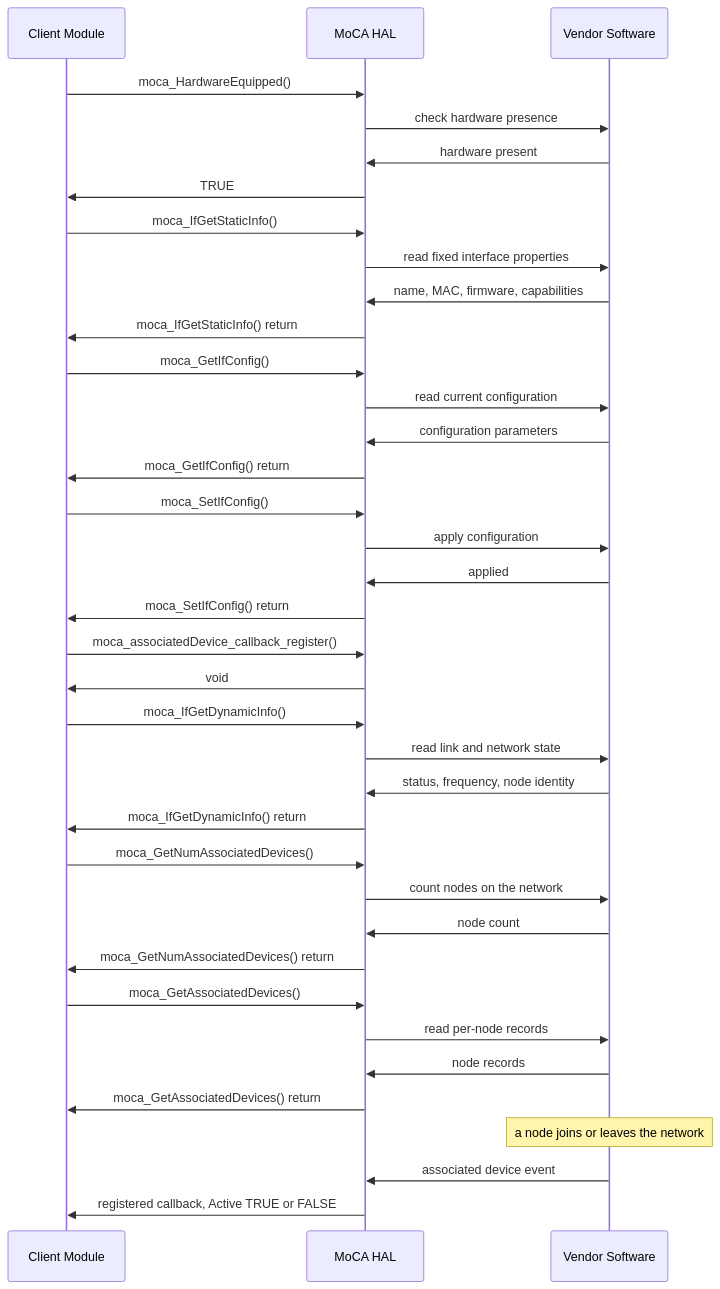
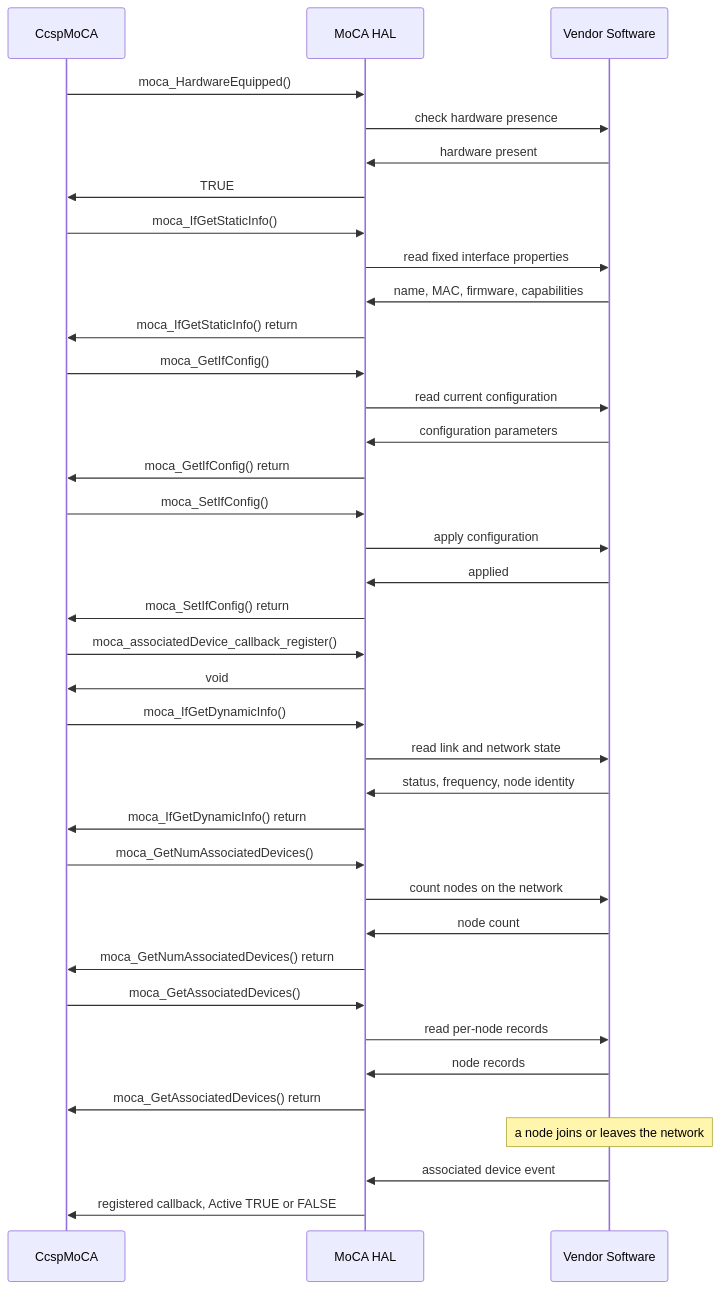
One commit to Blitzy-Sky/rdkb-halif-moca changed the second of 3 diagrams in docs/pages/halSpec.md. Above: the diagram before and after it, drawn with Mermaid. The commit also changed other lines of this file, not shown here.

First line of the commit message:
docs: simplify the MoCA_HAL specification

````diff
--- a/docs/pages/halSpec.md
+++ b/docs/pages/halSpec.md
@@ -947,48 +485,48 @@
 ```mermaid
 sequenceDiagram
-participant Client Module
-participant MoCA HAL
-participant Vendor Software
+    participant Caller as CcspMoCA
+    participant HAL as MoCA HAL
+    participant Vendor as Vendor Software
 
-Client Module ->>MoCA HAL: moca_HardwareEquipped()
-MoCA HAL->>Vendor Software: check hardware presence
-Vendor Software ->>MoCA HAL: hardware present
-MoCA HAL->>Client Module: TRUE
+    Caller->>HAL: moca_HardwareEquipped()
+    HAL->>Vendor: check hardware presence
+    Vendor->>HAL: hardware present
+    HAL->>Caller: TRUE
 
-Client Module ->>MoCA HAL: moca_IfGetStaticInfo()
-MoCA HAL->>Vendor Software: read fixed interface properties
-Vendor Software ->>MoCA HAL: name, MAC, firmware, capabilities
-MoCA HAL->>Client Module: moca_IfGetStaticInfo() return
+    Caller->>HAL: moca_IfGetStaticInfo()
+    HAL->>Vendor: read fixed interface properties
+    Vendor->>HAL: name, MAC, firmware, capabilities
+    HAL->>Caller: moca_IfGetStaticInfo() return
 
-Client Module ->>MoCA HAL: moca_GetIfConfig()
-MoCA HAL->>Vendor Software: read current configuration
-Vendor Software ->>MoCA HAL: configuration parameters
-MoCA HAL->>Client Module: moca_GetIfConfig() return
+    Caller->>HAL: moca_GetIfConfig()
+    HAL->>Vendor: read current configuration
+    Vendor->>HAL: configuration parameters
+    HAL->>Caller: moca_GetIfConfig() return
 
-Client Module ->>MoCA HAL: moca_SetIfConfig()
-MoCA HAL->>Vendor Software: apply configuration
-Vendor Software ->>MoCA HAL: applied
-MoCA HAL->>Client Module: moca_SetIfConfig() return
+    Caller->>HAL: moca_SetIfConfig()
+    HAL->>Vendor: apply configuration
+    Vendor->>HAL: applied
+    HAL->>Caller: moca_SetIfConfig() return
 
-Client Module ->>MoCA HAL: moca_associatedDevice_callback_register()
-MoCA HAL->>Client Module: void
+    Caller->>HAL: moca_associatedDevice_callback_register()
+    HAL->>Caller: void
 
-Client Module ->>MoCA HAL: moca_IfGetDynamicInfo()
-MoCA HAL->>Vendor Software: read link and network state
-Vendor Software ->>MoCA HAL: status, frequency, node identity
-MoCA HAL->>Client Module: moca_IfGetDynamicInfo() return
+    Caller->>HAL: moca_IfGetDynamicInfo()
+    HAL->>Vendor: read link and network state
+    Vendor->>HAL: status, frequency, node identity
+    HAL->>Caller: moca_IfGetDynamicInfo() return
 
-Client Module ->>MoCA HAL: moca_GetNumAssociatedDevices()
-MoCA HAL->>Vendor Software: count nodes on the network
-Vendor Software ->>MoCA HAL: node count
-MoCA HAL->>Client Module: moca_GetNumAssociatedDevices() return
+    Caller->>HAL: moca_GetNumAssociatedDevices()
+    HAL->>Vendor: count nodes on the network
+    Vendor->>HAL: node count
+    HAL->>Caller: moca_GetNumAssociatedDevices() return
 
-Client Module ->>MoCA HAL: moca_GetAssociatedDevices()
-MoCA HAL->>Vendor Software: read per-node records
-Vendor Software ->>MoCA HAL: node records
-MoCA HAL->>Client Module: moca_GetAssociatedDevices() return
+    Caller->>HAL: moca_GetAssociatedDevices()
+    HAL->>Vendor: read per-node records
+    Vendor->>HAL: node records
+    HAL->>Caller: moca_GetAssociatedDevices() return
 
-note over Vendor Software: a node joins or leaves the network
-Vendor Software ->>MoCA HAL: associated device event
-MoCA HAL->>Client Module: registered callback, Active TRUE or FALSE
+    Note over Vendor: a node joins or leaves the network
+    Vendor->>HAL: associated device event
+    HAL->>Caller: registered callback, Active TRUE or FALSE
 ```
````
